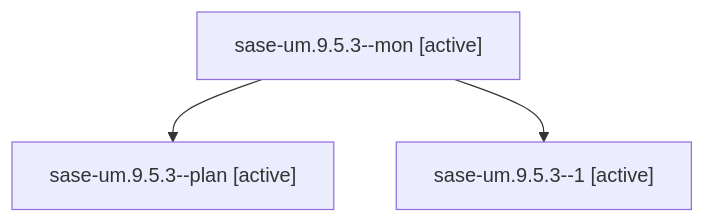
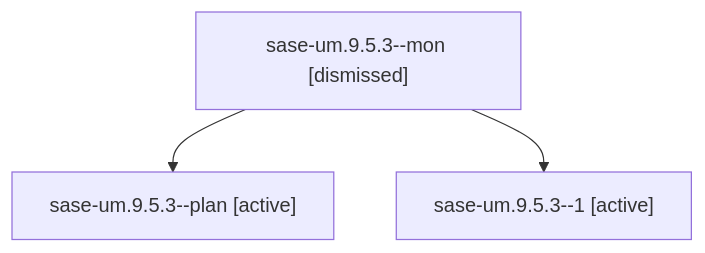
Before and after one commit to sase-org/sase--agents: the diagram in sessions/bbugyi200.athena.sase-um.9.5.3.md, drawn with Mermaid. The commit also changed other lines of this file and 380 other files, not shown here.

````diff
--- a/sessions/bbugyi200.athena.sase-um.9.5.3.md
+++ b/sessions/bbugyi200.athena.sase-um.9.5.3.md
@@ -9,8 +9,8 @@
 ```mermaid
 flowchart TD
-  n0["sase-um.9.5.3--mon [active]"]
+  n0["sase-um.9.5.3--mon [dismissed]"]
   n1["sase-um.9.5.3--plan [active]"]
   n0 --> n1
   n2["sase-um.9.5.3--1 [active]"]
   n0 --> n2
 ```
````
